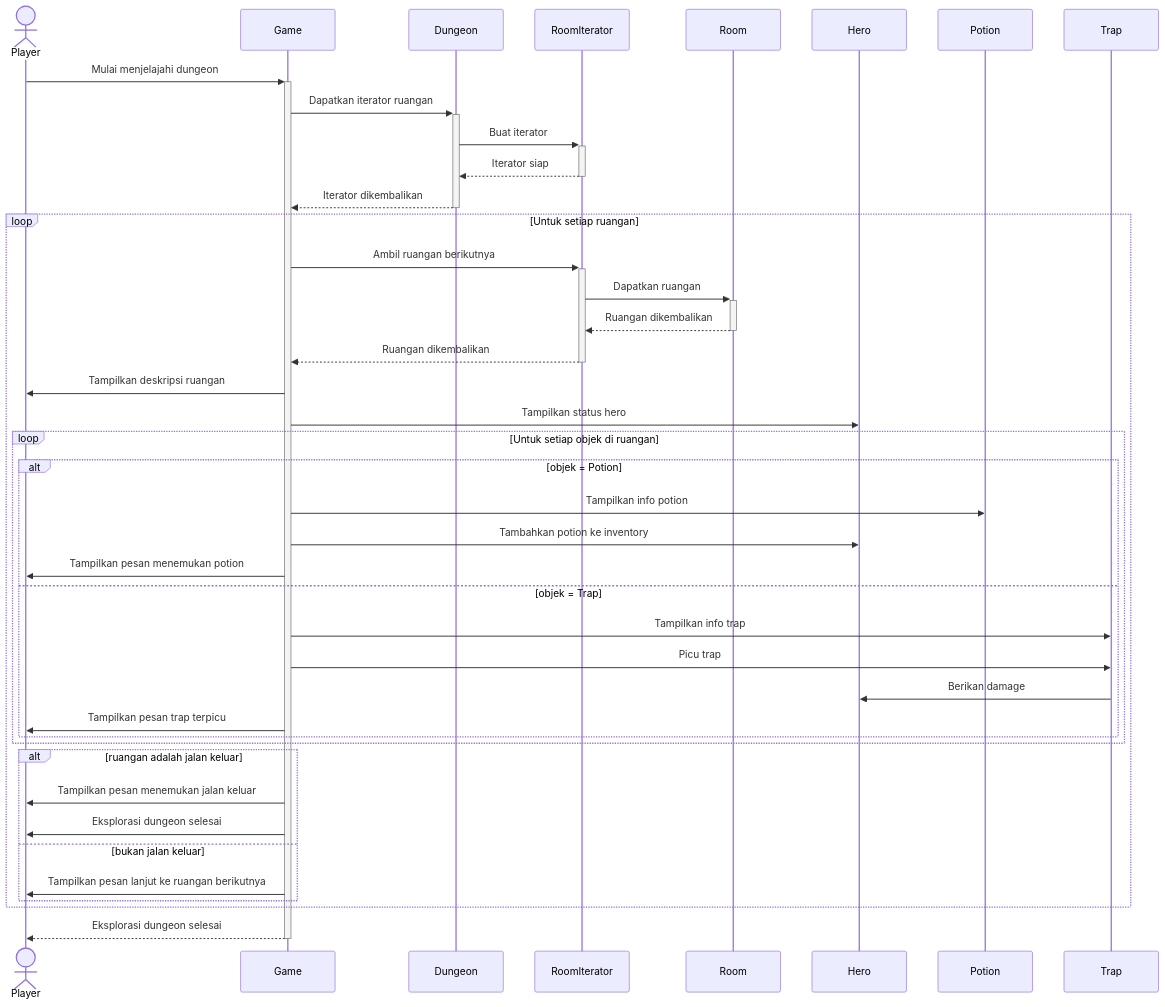
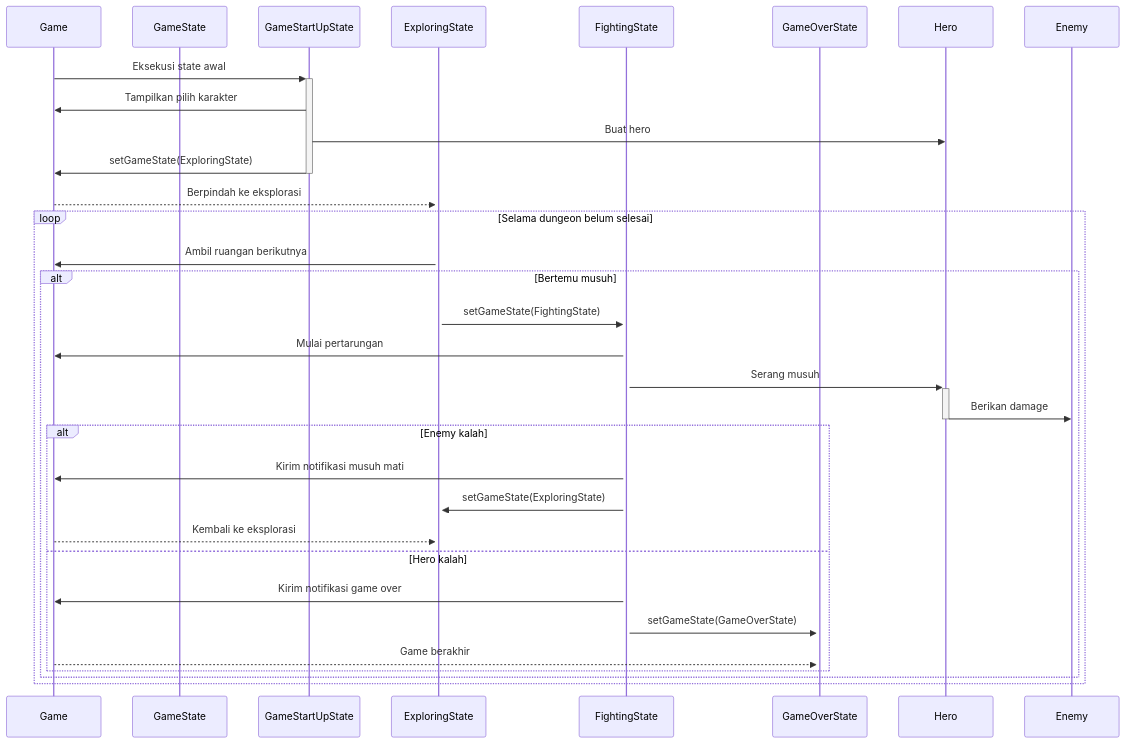
One commit to ekastn/java-design-pattern changed the seventh of 7 diagrams in README.md. Above: the diagram before and after it, drawn with Mermaid. The commit also changed other lines of this file and 4 other files, not shown here.

````diff
--- a/README.md
+++ b/README.md
@@ -525,48 +690,36 @@
 ```mermaid
 sequenceDiagram
-    actor Player
     participant Game
-    participant Dungeon
-    participant RoomIterator
-    participant Room
+    participant GameState
+    participant GameStartUpState
+    participant ExploringState
+    participant FightingState
+    participant GameOverState
     participant Hero
-    participant Potion
-    participant Trap
-    
-    Player->>+Game: Mulai menjelajahi dungeon
-    Game->>+Dungeon: Dapatkan iterator ruangan
-    Dungeon->>+RoomIterator: Buat iterator
-    RoomIterator-->>-Dungeon: Iterator siap
-    Dungeon-->>-Game: Iterator dikembalikan
-    
-    loop Untuk setiap ruangan
-        Game->>+RoomIterator: Ambil ruangan berikutnya
-        RoomIterator->>+Room: Dapatkan ruangan
-        Room-->>-RoomIterator: Ruangan dikembalikan
-        RoomIterator-->>-Game: Ruangan dikembalikan
-        Game->>Player: Tampilkan deskripsi ruangan
-        Game->>Hero: Tampilkan status hero
-        
-        loop Untuk setiap objek di ruangan
-            alt objek = Potion
-                Game->>Potion: Tampilkan info potion
-                Game->>Hero: Tambahkan potion ke inventory
-                Game->>Player: Tampilkan pesan menemukan potion
-            else objek = Trap
-                Game->>Trap: Tampilkan info trap
-                Game->>Trap: Picu trap
-                Trap->>Hero: Berikan damage
-                Game->>Player: Tampilkan pesan trap terpicu
+    participant Enemy
+
+    Game->>+GameStartUpState: Eksekusi state awal
+    GameStartUpState->>Game: Tampilkan pilih karakter
+    GameStartUpState->>Hero: Buat hero
+    GameStartUpState->>-Game: setGameState(ExploringState)
+    Game-->>+ExploringState: Berpindah ke eksplorasi
+
+    loop Selama dungeon belum selesai
+        ExploringState->>Game: Ambil ruangan berikutnya
+        alt Bertemu musuh
+            ExploringState->>+FightingState: setGameState(FightingState)
+            FightingState->>Game: Mulai pertarungan
+            FightingState->>+Hero: Serang musuh
+            Hero->>-Enemy: Berikan damage
+            alt Enemy kalah
+                FightingState->>Game: Kirim notifikasi musuh mati
+                FightingState->>+ExploringState: setGameState(ExploringState)
+                Game-->>ExploringState: Kembali ke eksplorasi
+            else Hero kalah
+                FightingState->>Game: Kirim notifikasi game over
+                FightingState->>+GameOverState: setGameState(GameOverState)
+                Game-->>GameOverState: Game berakhir
             end
         end
-        
-        alt ruangan adalah jalan keluar
-            Game->>Player: Tampilkan pesan menemukan jalan keluar
-            Game->>Player: Eksplorasi dungeon selesai
-        else bukan jalan keluar
-            Game->>Player: Tampilkan pesan lanjut ke ruangan berikutnya
-        end
     end
-    
-    Game-->>-Player: Eksplorasi dungeon selesai
 ```
````
